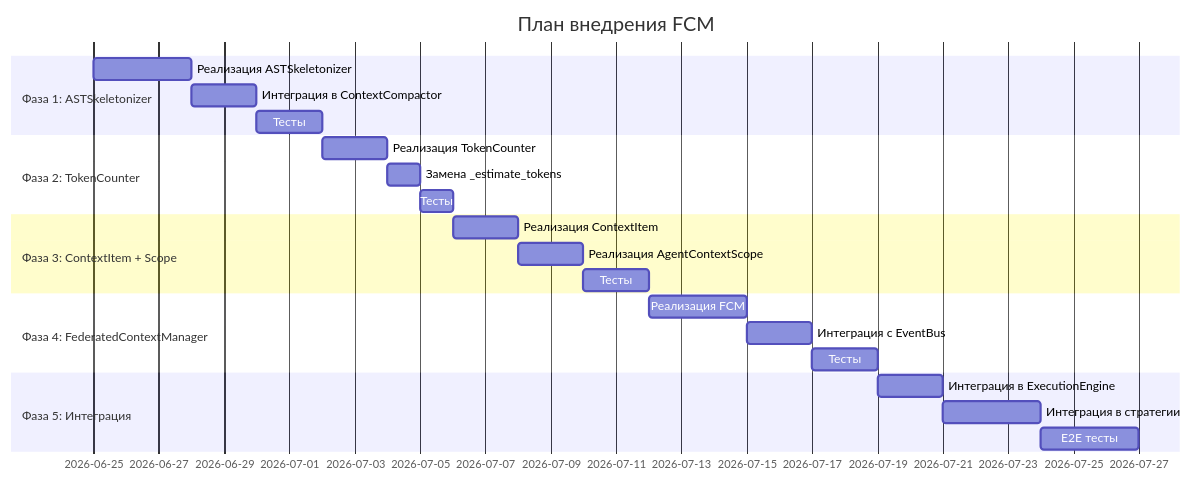
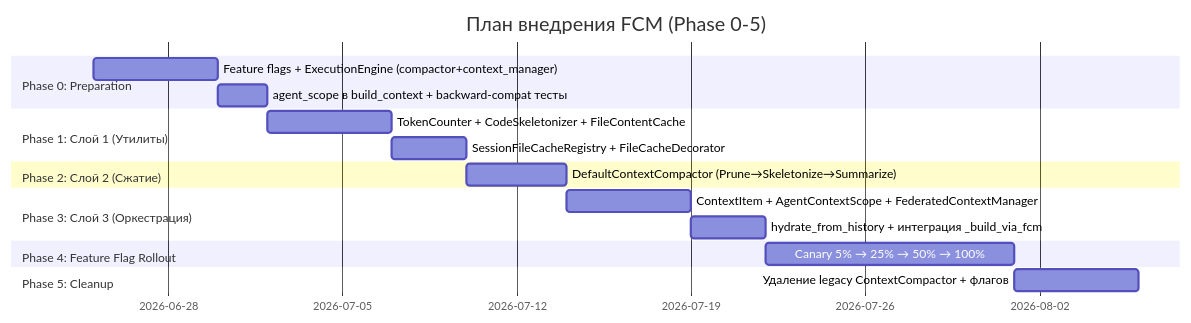
Before and after one commit to pese-git/codelab-agent: the tenth of 10 diagrams in doc/internals/architecture/fcm/DIAGRAMS.md, drawn with Mermaid. The commit also changed other lines of this file and 7 other files, not shown here.

````diff
--- a/doc/internals/architecture/fcm/DIAGRAMS.md
+++ b/doc/internals/architecture/fcm/DIAGRAMS.md
@@ -460,29 +505,25 @@
 ```mermaid
 gantt
-    title План внедрения FCM
+    title План внедрения FCM (Phase 0-5)
     dateFormat  YYYY-MM-DD
-    section Фаза 1: ASTSkeletonizer
-    Реализация ASTSkeletonizer     :a1, 2026-06-25, 3d
-    Интеграция в ContextCompactor  :a2, after a1, 2d
-    Тесты                          :a3, after a2, 2d
-    
-    section Фаза 2: TokenCounter
-    Реализация TokenCounter        :b1, after a3, 2d
-    Замена _estimate_tokens        :b2, after b1, 1d
-    Тесты                          :b3, after b2, 1d
-    
-    section Фаза 3: ContextItem + Scope
-    Реализация ContextItem         :c1, after b3, 2d
-    Реализация AgentContextScope   :c2, after c1, 2d
-    Тесты                          :c3, after c2, 2d
-    
-    section Фаза 4: FederatedContextManager
-    Реализация FCM                 :d1, after c3, 3d
-    Интеграция с EventBus          :d2, after d1, 2d
-    Тесты                          :d3, after d2, 2d
-    
-    section Фаза 5: Интеграция
-    Интеграция в ExecutionEngine   :e1, after d3, 2d
-    Интеграция в стратегии         :e2, after e1, 3d
-    E2E тесты                      :e3, after e2, 3d
+    section Phase 0: Preparation
+    Feature flags + ExecutionEngine (compactor+context_manager)  :a1, 2026-06-25, 5d
+    agent_scope в build_context + backward-compat тесты          :a2, after a1, 2d
+
+    section Phase 1: Слой 1 (Утилиты)
+    TokenCounter + CodeSkeletonizer + FileContentCache           :b1, after a2, 5d
+    SessionFileCacheRegistry + FileCacheDecorator                :b2, after b1, 3d
+
+    section Phase 2: Слой 2 (Сжатие)
+    DefaultContextCompactor (Prune→Skeletonize→Summarize)        :c1, after b2, 4d
+
+    section Phase 3: Слой 3 (Оркестрация)
+    ContextItem + AgentContextScope + FederatedContextManager    :d1, after c1, 5d
+    hydrate_from_history + интеграция _build_via_fcm             :d2, after d1, 3d
+
+    section Phase 4: Feature Flag Rollout
+    Canary 5% → 25% → 50% → 100%                                 :e1, after d2, 10d
+
+    section Phase 5: Cleanup
+    Удаление legacy ContextCompactor + флагов                    :f1, after e1, 5d
 ```
````
